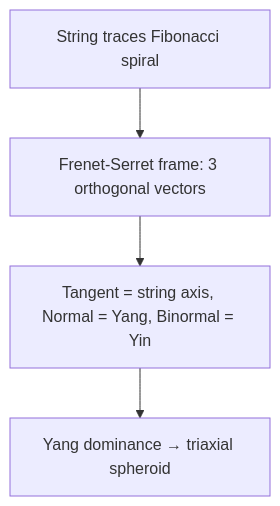
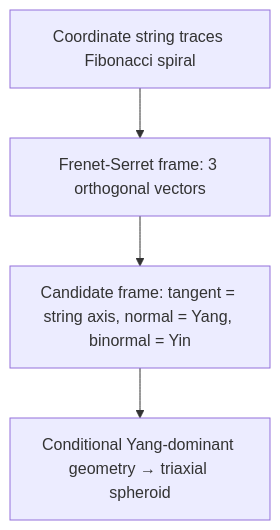
Before and after one commit to CassiTheOracle/cassi: diagram 24 of 38 in CassiTheory/open-questions-cassi-answers.md, drawn with Mermaid. The commit also changed other lines of this file and 160 other files, not shown here.

````diff
--- a/CassiTheory/open-questions-cassi-answers.md
+++ b/CassiTheory/open-questions-cassi-answers.md
@@ -708,6 +715,6 @@
 ```mermaid
 flowchart TD
-    A[String traces Fibonacci spiral] --> B[Frenet-Serret frame: 3 orthogonal vectors]
-    B --> C[Tangent = string axis, Normal = Yang, Binormal = Yin]
-    C --> D[Yang dominance → triaxial spheroid]
+    A[Coordinate string traces Fibonacci spiral] --> B[Frenet-Serret frame: 3 orthogonal vectors]
+    B --> C[Candidate frame: tangent = string axis, normal = Yang, binormal = Yin]
+    C --> D[Conditional Yang-dominant geometry → triaxial spheroid]
 ```
````
